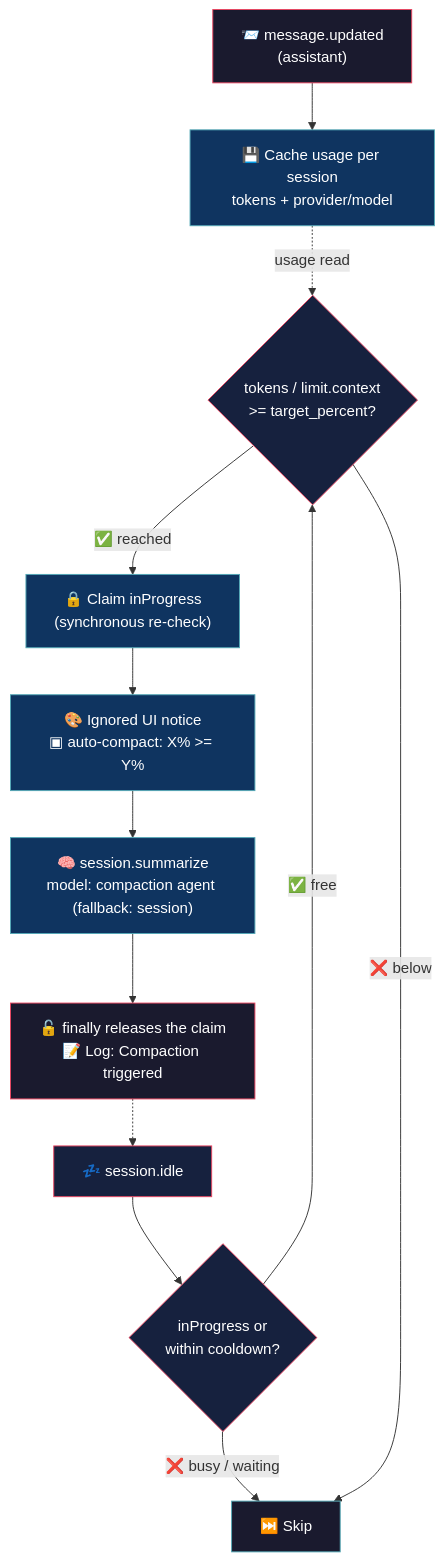
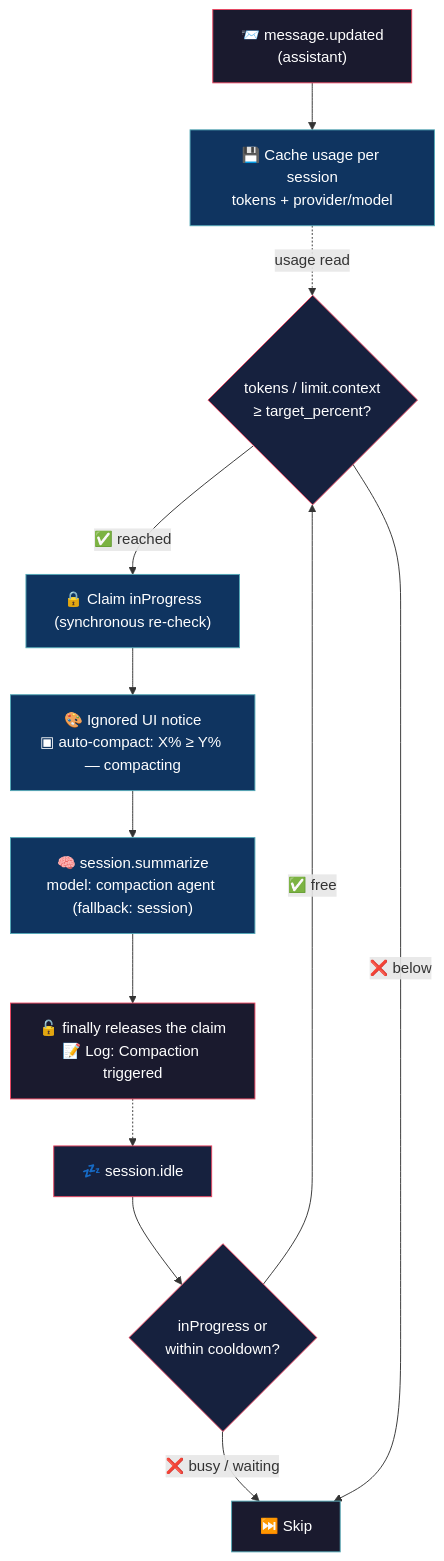
The diagram in README.md (alejo54dev/opencode-auto-compact), drawn with Mermaid before and after one commit. The commit also changed other lines of this file and 1 other file, not shown here.

Commit message:
chore: v0.1.6 — target_percent default 30; docs aligned

````diff
--- a/README.md
+++ b/README.md
@@ -33,25 +33,25 @@
 ```mermaid
 flowchart TD
     A["📨 message.updated<br/>(assistant)"] --> B["💾 Cache usage per session<br/>tokens + provider/model"]
     C["💤 session.idle"] --> D{"inProgress or<br/>within cooldown?"}
     D -->|"❌ busy / waiting"| E["⏭️ Skip"]
-    D -->|"✅ free"| F{"tokens / limit.context<br/>>= target_percent?"}
+    D -->|"✅ free"| F{"tokens / limit.context<br/>≥ target_percent?"}
     F -->|"❌ below"| E
     F -->|"✅ reached"| G["🔒 Claim inProgress<br/>(synchronous re-check)"]
-    G --> H["🎨 Ignored UI notice<br/>▣ auto-compact: X% >= Y%"]
+    G --> H["🎨 Ignored UI notice<br/>▣ auto-compact: X% ≥ Y% — compacting"]
     H --> I["🧠 session.summarize<br/>model: compaction agent (fallback: session)"]
     I --> J["🔓 finally releases the claim<br/>📝 Log: Compaction triggered"]
     B -.->|"usage read"| F
     J -.-> C
 
     style A fill:#1a1a2e,stroke:#e94560,color:#fff
     style B fill:#0f3460,stroke:#53a8b6,color:#fff
     style C fill:#16213e,stroke:#e94560,color:#fff
     style D fill:#16213e,stroke:#e94560,color:#fff
     style E fill:#1a1a2e,stroke:#53a8b6,color:#fff
     style F fill:#16213e,stroke:#e94560,color:#fff
     style G fill:#0f3460,stroke:#53a8b6,color:#fff
     style H fill:#0f3460,stroke:#53a8b6,color:#fff
     style I fill:#0f3460,stroke:#53a8b6,color:#fff
     style J fill:#1a1a2e,stroke:#e94560,color:#fff
 ```
````
